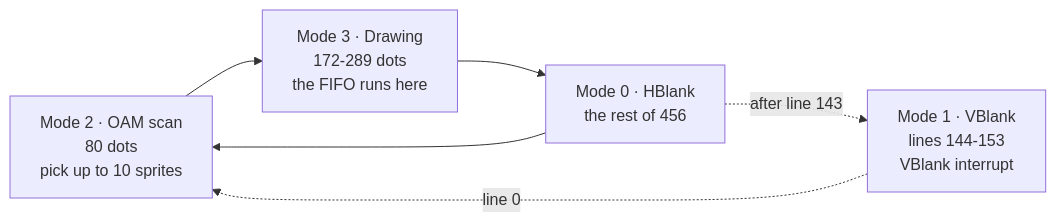
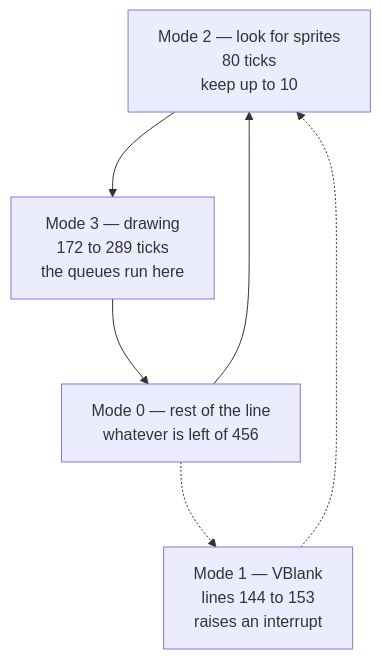
One commit to dudustri/rustboy-color changed diagram 12 of 16 in docs/architecture.md. Above: the diagram before and after it, drawn with Mermaid. The commit also changed other lines of this file and 17 other files, not shown here.

````diff
--- a/docs/architecture.md
+++ b/docs/architecture.md
@@ -300,6 +320,11 @@
 ```mermaid
-flowchart LR
-    M2["Mode 2 · OAM scan<br/>80 dots<br/>pick up to 10 sprites"] --> M3["Mode 3 · Drawing<br/>172-289 dots<br/>the FIFO runs here"] --> M0["Mode 0 · HBlank<br/>the rest of 456"] --> M2
-    M0 -.->|"after line 143"| M1["Mode 1 · VBlank<br/>lines 144-153<br/>VBlank interrupt"]
-    M1 -.->|"line 0"| M2
+%%{init: {"flowchart": {"nodeSpacing": 50, "rankSpacing": 85}}}%%
+flowchart TB
+    M2["Mode 2 — look for sprites<br/>80 ticks<br/>keep up to 10"]
+    M3["Mode 3 — drawing<br/>172 to 289 ticks<br/>the queues run here"]
+    M0["Mode 0 — rest of the line<br/>whatever is left of 456"]
+    M1["Mode 1 — VBlank<br/>lines 144 to 153<br/>raises an interrupt"]
+    M2 --> M3 --> M0 --> M2
+    M0 -.-> M1
+    M1 -.-> M2
 ```
````
